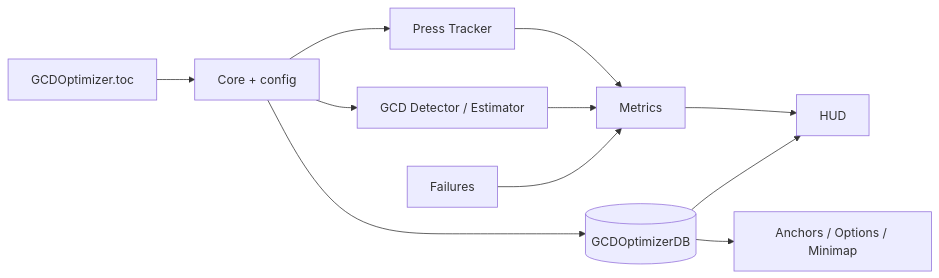
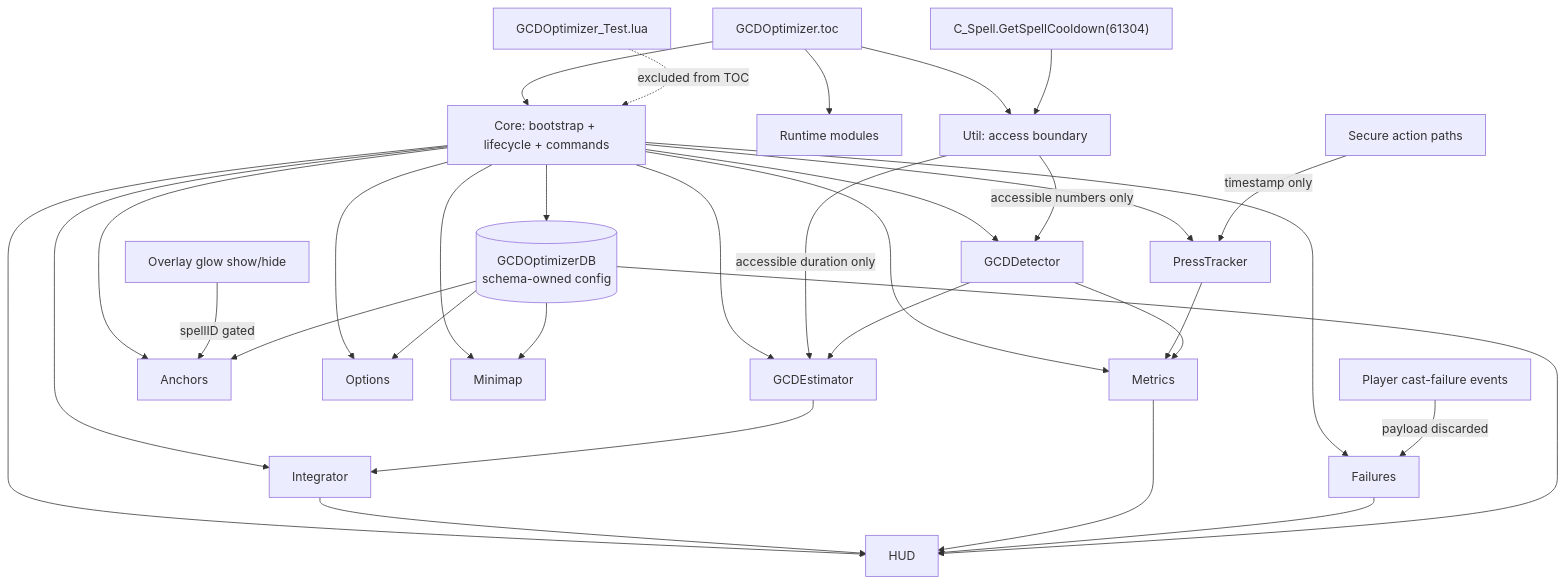
The diagram in CODE_GRAPH.md (UnknownAlienHuman/gcd-optimizer), drawn with Mermaid before and after one commit. The commit also changed 19 other files, not shown here.

````diff
--- a/CODE_GRAPH.md
+++ b/CODE_GRAPH.md
@@ -3,13 +3,42 @@
 ```mermaid
-flowchart LR
-  TOC["GCDOptimizer.toc"] --> Core["Core + config"]
-  Core --> DB[("GCDOptimizerDB")]
-  Core --> Press["Press Tracker"]
-  Core --> Detect["GCD Detector / Estimator"]
-  Press --> Metrics["Metrics"]
-  Detect --> Metrics
-  Fail["Failures"] --> Metrics
-  Metrics --> HUD["HUD"]
+flowchart TD
+  TOC["GCDOptimizer.toc"] --> Util["Util: access boundary"]
+  TOC --> Modules["Runtime modules"]
+  TOC --> Core["Core: bootstrap + lifecycle + commands"]
+
+  Core --> DB[("GCDOptimizerDB\nschema-owned config")]
+  Core --> Press["PressTracker"]
+  Core --> Detector["GCDDetector"]
+  Core --> Estimator["GCDEstimator"]
+  Core --> Integrator["Integrator"]
+  Core --> Metrics["Metrics"]
+  Core --> Failures["Failures"]
+  Core --> Anchors["Anchors"]
+  Core --> HUD["HUD"]
+  Core --> Options["Options"]
+  Core --> Minimap["Minimap"]
+
+  Action["Secure action paths"] -->|timestamp only| Press
+  Press --> Metrics
+
+  Spell["C_Spell.GetSpellCooldown(61304)"] --> Util
+  Util -->|accessible numbers only| Detector
+  Util -->|accessible duration only| Estimator
+  Detector --> Metrics
+  Detector --> Estimator
+  Estimator --> Integrator
+  Integrator --> HUD
+  Metrics --> HUD
+
+  CastFail["Player cast-failure events"] -->|payload discarded| Failures
+  Failures --> HUD
+
+  Overlay["Overlay glow show/hide"] -->|spellID gated| Anchors
+
   DB --> HUD
-  DB --> Controls["Anchors / Options / Minimap"]
+  DB --> Options
+  DB --> Minimap
+  DB --> Anchors
+
+  Test["GCDOptimizer_Test.lua"] -. "excluded from TOC" .-> Core
 ```
````
